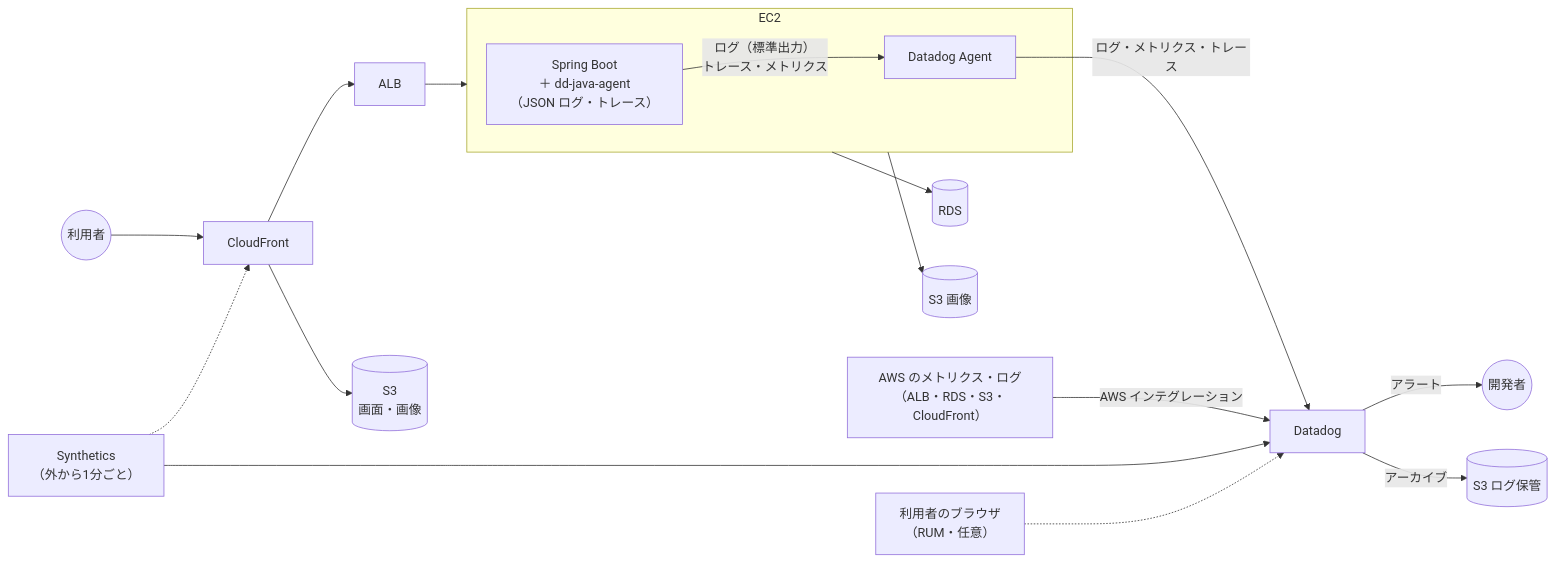
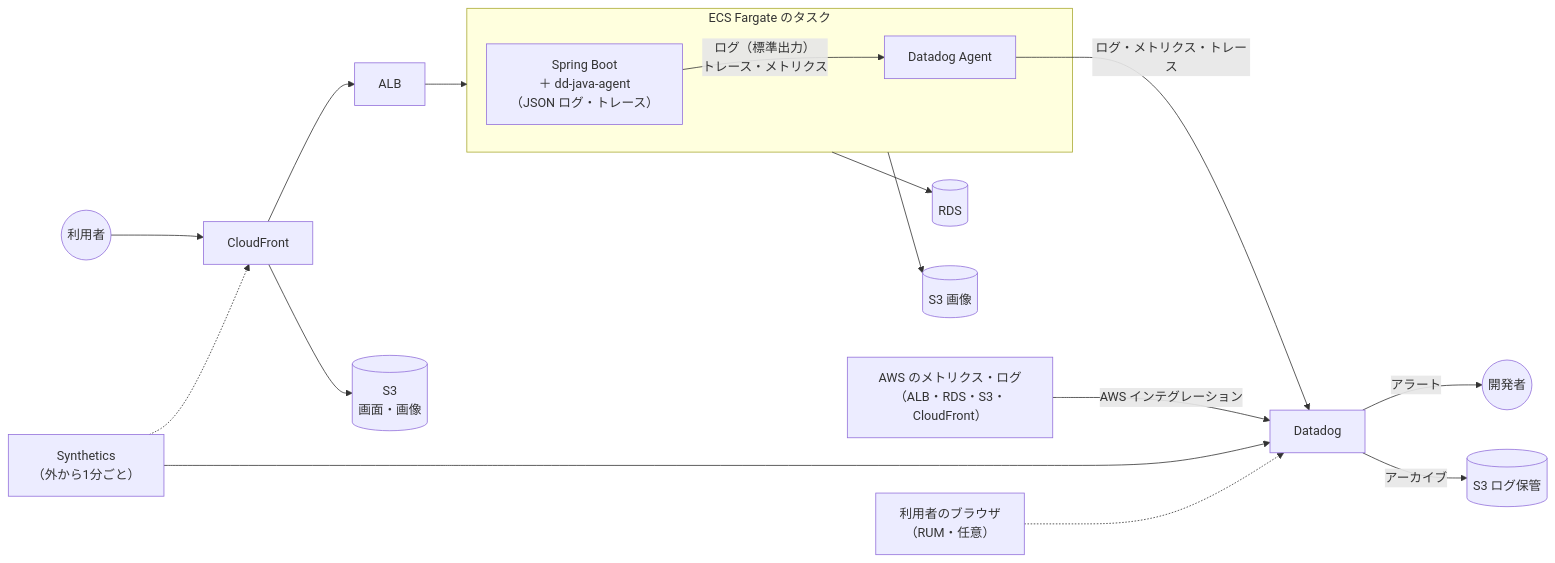
One commit to takeuchikoutagg/RaiseTime-Line changed the second of 2 diagrams in docs/ログ・監視設計.md. Above: the diagram before and after it, drawn with Mermaid. The commit also changed other lines of this file and 14 other files, not shown here.

First line of the commit message:
バックエンドの動かし方を EC2 から ECS Fargate に変える (#76)

````diff
--- a/docs/ログ・監視設計.md
+++ b/docs/ログ・監視設計.md
@@ -408,24 +408,24 @@
 ```mermaid
 flowchart LR
   User((利用者)) --> CF[CloudFront]
   CF --> ALB
   CF --> S3F[(S3<br>画面・画像)]
-  ALB --> EC2
+  ALB --> Task
 
-  subgraph EC2["EC2"]
+  subgraph Task["ECS Fargate のタスク"]
     App["Spring Boot<br>＋ dd-java-agent<br>（JSON ログ・トレース）"]
     Agent["Datadog Agent"]
     App -- "ログ（標準出力）<br>トレース・メトリクス" --> Agent
   end
 
-  EC2 --> RDS[(RDS)]
-  EC2 --> S3I[(S3 画像)]
+  Task --> RDS[(RDS)]
+  Task --> S3I[(S3 画像)]
 
   Agent -- "ログ・メトリクス・トレース" --> DD[Datadog]
   AWS["AWS のメトリクス・ログ<br>（ALB・RDS・S3・CloudFront）"] -- "AWS インテグレーション" --> DD
   Syn["Synthetics<br>（外から1分ごと）"] -.-> CF
   Syn --> DD
   Browser["利用者のブラウザ<br>（RUM・任意）"] -.-> DD
   DD -- "アラート" --> Dev((開発者))
   DD -- "アーカイブ" --> S3L[(S3 ログ保管)]
 ```
````
